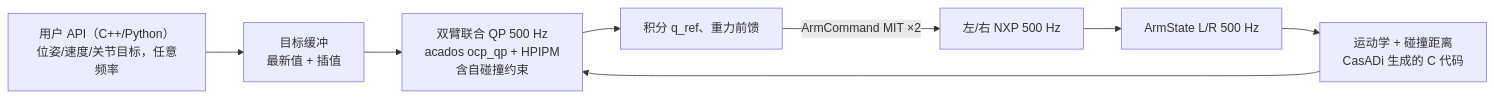
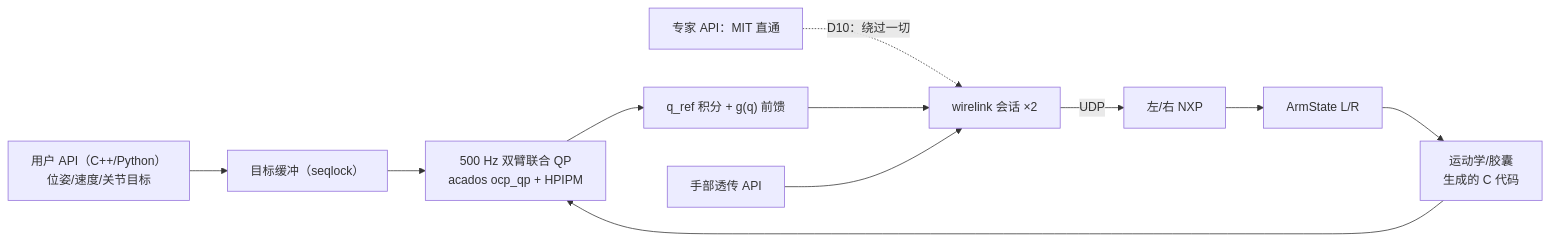
One commit to Hyperhands/panthera-spatial-sdk changed the diagram in docs/PLAN.md. Above: the diagram before and after it, drawn with Mermaid. The commit also changed other lines of this file and 9 other files, not shown here.

````diff
--- a/docs/PLAN.md
+++ b/docs/PLAN.md
@@ -21,10 +51,13 @@
 ```mermaid
 flowchart LR
-  U["用户 API（C++/Python）<br/>位姿/速度/关节目标，任意频率"] --> T["目标缓冲<br/>最新值 + 插值"]
-  T --> Q["双臂联合 QP 500 Hz<br/>acados ocp_qp + HPIPM<br/>含自碰撞约束"]
-  S["ArmState L/R 500 Hz"] --> K["运动学 + 碰撞距离<br/>CasADi 生成的 C 代码"]
+  U["用户 API（C++/Python）<br/>位姿/速度/关节目标"] --> T["目标缓冲（seqlock）"]
+  X["专家 API：MIT 直通"] -.->|"D10：绕过一切"| W
+  T --> Q["500 Hz 双臂联合 QP<br/>acados ocp_qp + HPIPM"]
+  S["ArmState L/R"] --> K["运动学/胶囊<br/>生成的 C 代码"]
   K --> Q
-  Q --> I["积分 q_ref、重力前馈"]
-  I -- "ArmCommand MIT ×2" --> B["左/右 NXP 500 Hz"]
+  Q --> I["q_ref 积分 + g(q) 前馈"]
+  I --> W["wirelink 会话 ×2"]
+  W -- "UDP" --> B["左/右 NXP"]
   B --> S
+  H["手部透传 API"] --> W
 ```
````
